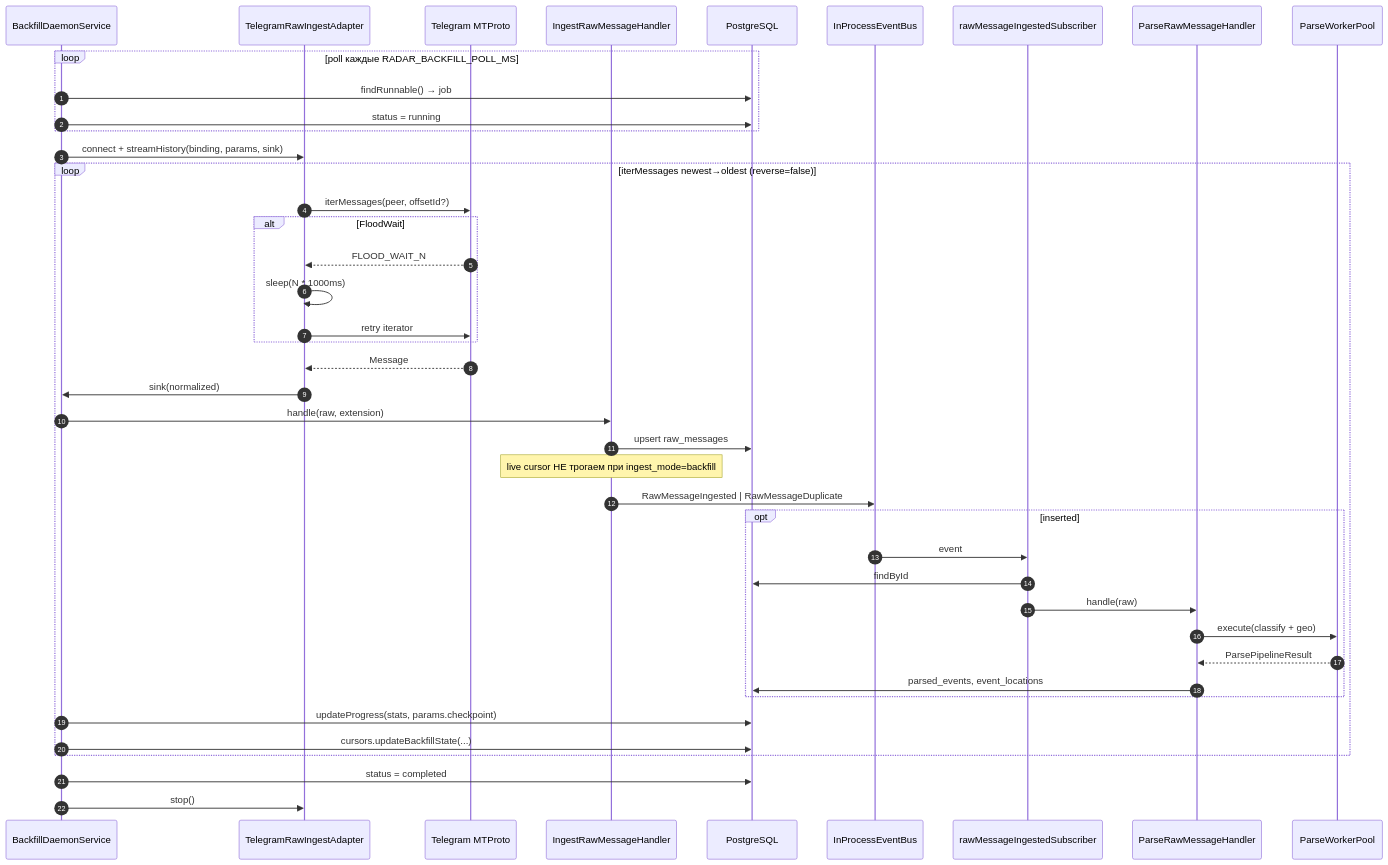
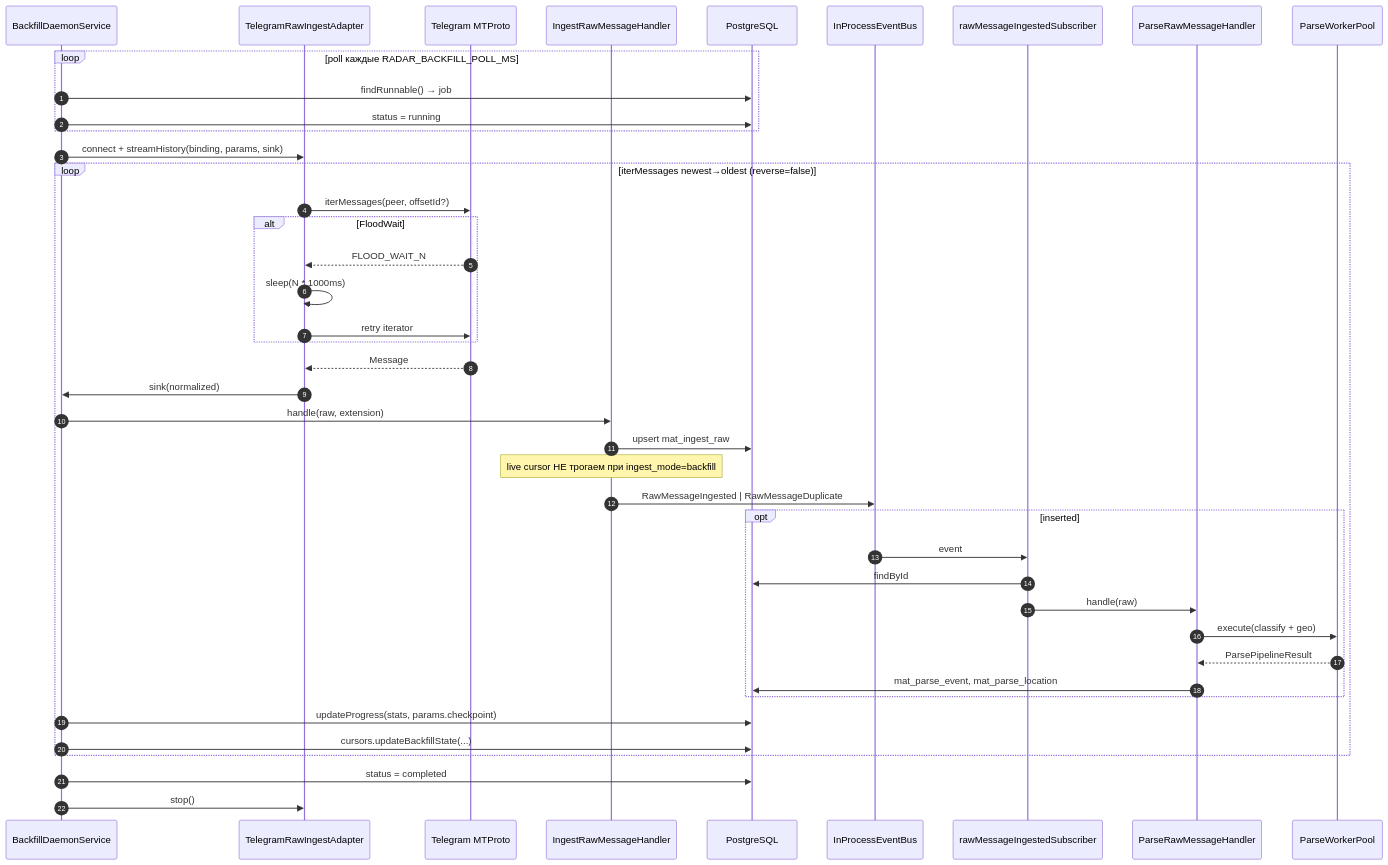
Before and after one commit to exclusiveLogin/radar: the third of 7 diagrams in docs/backfill-v2-pipeline.md, drawn with Mermaid. The commit also changed other lines of this file and 312 other files, not shown here.

````diff
--- a/docs/backfill-v2-pipeline.md
+++ b/docs/backfill-v2-pipeline.md
@@ -286,48 +286,48 @@
 ```mermaid
 sequenceDiagram
   autonumber
   participant Daemon as BackfillDaemonService
   participant Adapter as TelegramRawIngestAdapter
   participant TG as Telegram MTProto
   participant Ingest as IngestRawMessageHandler
   participant DB as PostgreSQL
   participant Bus as InProcessEventBus
   participant Sub as rawMessageIngestedSubscriber
   participant Parse as ParseRawMessageHandler
   participant Pool as ParseWorkerPool
 
   loop poll каждые RADAR_BACKFILL_POLL_MS
     Daemon->>DB: findRunnable() → job
     Daemon->>DB: status = running
   end
 
   Daemon->>Adapter: connect + streamHistory(binding, params, sink)
 
   loop iterMessages newest→oldest (reverse=false)
     Adapter->>TG: iterMessages(peer, offsetId?)
     alt FloodWait
       TG-->>Adapter: FLOOD_WAIT_N
       Adapter->>Adapter: sleep(N * 1000ms)
       Adapter->>TG: retry iterator
     end
     TG-->>Adapter: Message
     Adapter->>Daemon: sink(normalized)
     Daemon->>Ingest: handle(raw, extension)
-    Ingest->>DB: upsert raw_messages
+    Ingest->>DB: upsert mat_ingest_raw
   Note over Ingest: live cursor НЕ трогаем при ingest_mode=backfill
     Ingest->>Bus: RawMessageIngested | RawMessageDuplicate
     opt inserted
       Bus->>Sub: event
       Sub->>DB: findById
       Sub->>Parse: handle(raw)
       Parse->>Pool: execute(classify + geo)
       Pool-->>Parse: ParsePipelineResult
-      Parse->>DB: parsed_events, event_locations
+      Parse->>DB: mat_parse_event, mat_parse_location
     end
     Daemon->>DB: updateProgress(stats, params.checkpoint)
     Daemon->>DB: cursors.updateBackfillState(...)
   end
 
   Daemon->>DB: status = completed
   Daemon->>Adapter: stop()
 ```
````
